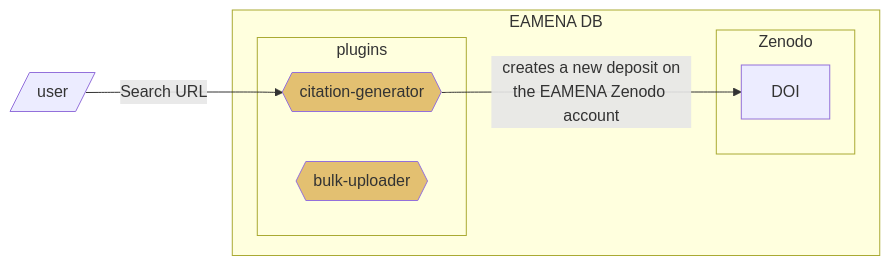
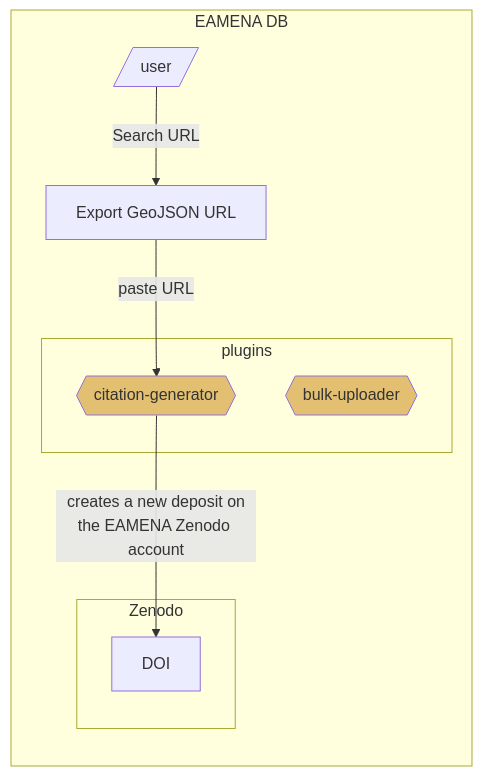
Before and after one commit to eamena-project/eamena-arches-dev: the first of 3 diagrams in data/bibref/README.md, drawn with Mermaid. The commit also changed other lines of this file, not shown here.

Commit message:
update citation workflow

````diff
--- a/data/bibref/README.md
+++ b/data/bibref/README.md
@@ -10,14 +10,15 @@
 ```mermaid
 flowchart LR
-	U[/user/] -- Search URL --> G{{citation-generator}}:::eamenaFunc;
-		subgraph EAMENA DB
-			subgraph plugins
-			G
-			H{{bulk-uploader}}:::eamenaFunc;
-			end
-		subgraph "Zenodo"
-		G -- creates a new deposit on<br>the EAMENA Zenodo account --> DOI
+	subgraph EAMENA DB
+		U[/user/] -- Search URL --> E[Export GeoJSON URL]
+		E -- paste URL --> G{{citation-generator}}:::eamenaFunc;
+		subgraph plugins
+		G
+		H{{bulk-uploader}}:::eamenaFunc;
 		end
+	subgraph "Zenodo"
+	G -- creates a new deposit on<br>the EAMENA Zenodo account --> DOI
 	end
-	classDef eamenaFunc fill:#e3c071;
+end
+classDef eamenaFunc fill:#e3c071;
 ```
````
